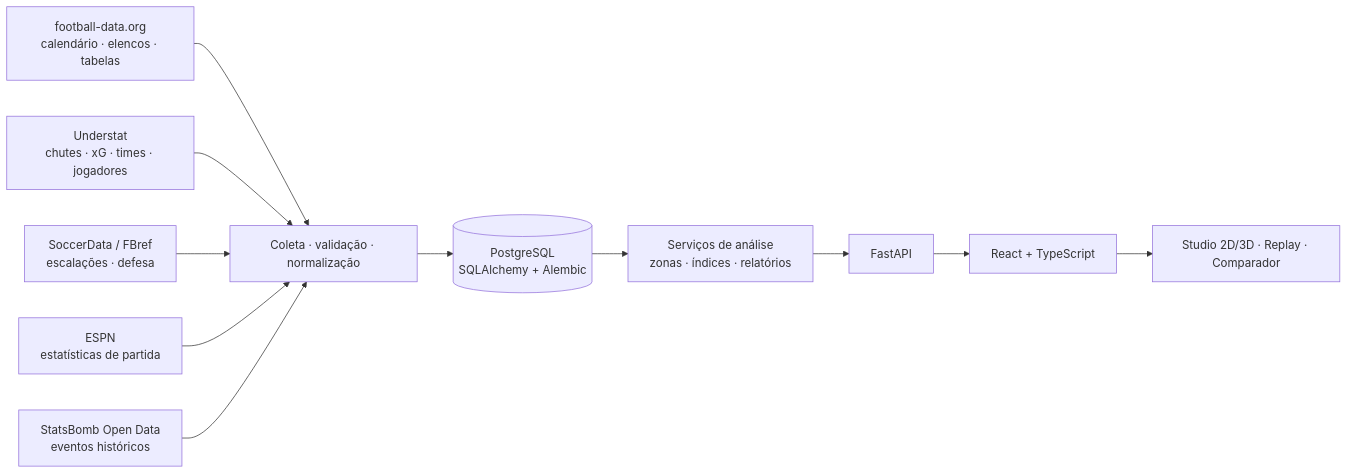
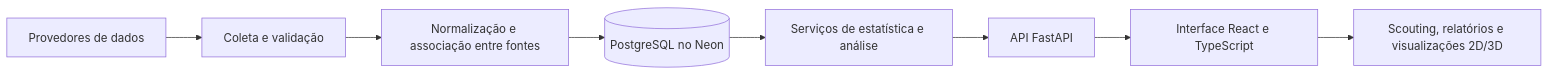
Before and after one commit to computa-gr-bd/scout: the diagram in README.md, drawn with Mermaid. The commit also changed other lines of this file, not shown here.

````diff
--- a/README.md
+++ b/README.md
@@ -138,13 +112,10 @@
 ```mermaid
 flowchart LR
-    A[football-data.org<br/>calendário · elencos · tabelas] --> D
-    B[Understat<br/>chutes · xG · times · jogadores] --> D
-    C[SoccerData / FBref<br/>escalações · defesa] --> D
-    E[ESPN<br/>estatísticas de partida] --> D
-    F[StatsBomb Open Data<br/>eventos históricos] --> D
-    D[Coleta · validação · normalização] --> G[(PostgreSQL<br/>SQLAlchemy + Alembic)]
-    G --> H[Serviços de análise<br/>zonas · índices · relatórios]
-    H --> I[FastAPI]
-    I --> J[React + TypeScript]
-    J --> K[Studio 2D/3D · Replay · Comparador]
+    A[Provedores de dados] --> B[Coleta e validação]
+    B --> C[Normalização e associação entre fontes]
+    C --> D[(PostgreSQL no Neon)]
+    D --> E[Serviços de estatística e análise]
+    E --> F[API FastAPI]
+    F --> G[Interface React e TypeScript]
+    G --> H[Scouting, relatórios e visualizações 2D/3D]
 ```
````
